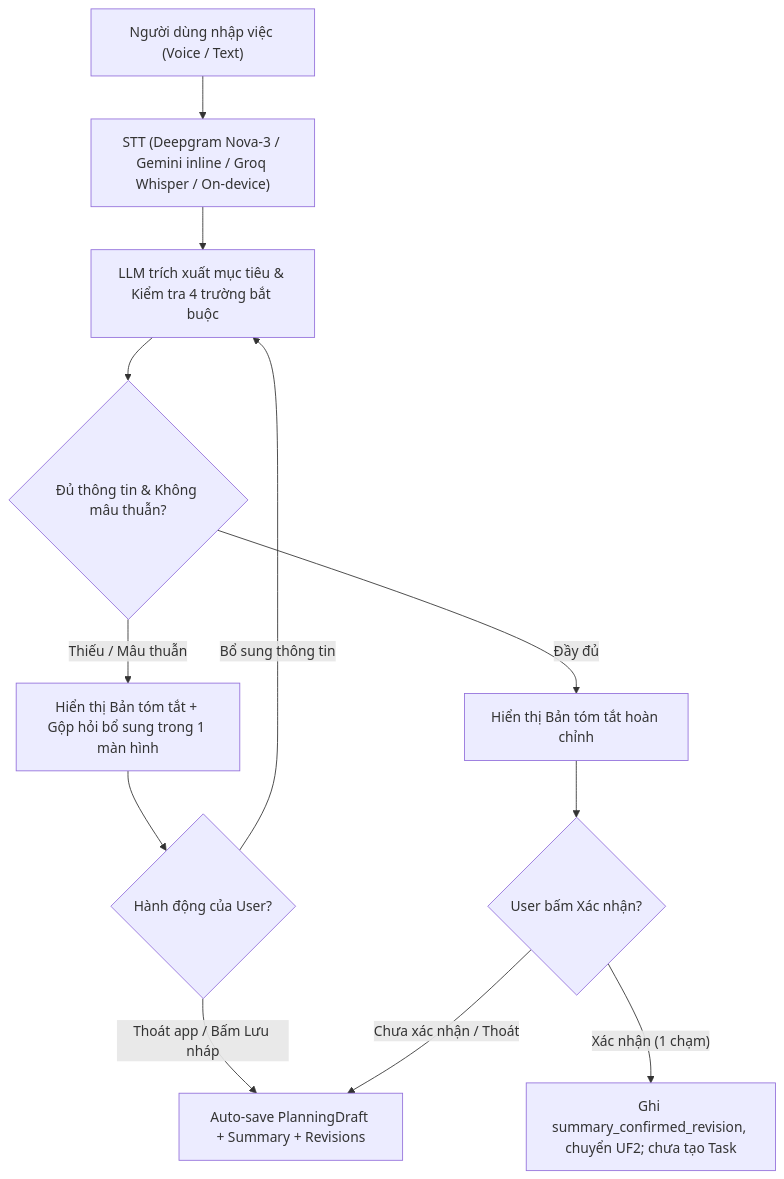
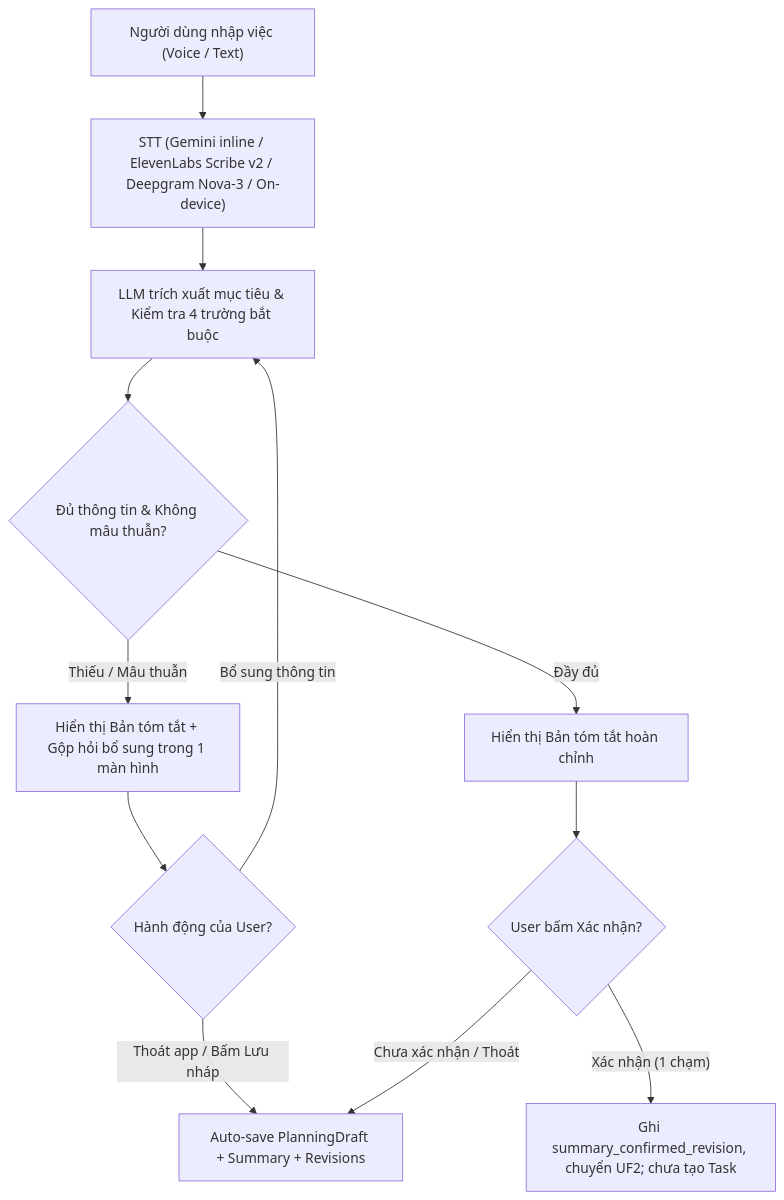
One commit to hmintrun/virtual-assistant-for-ADHD changed the third of 6 diagrams in Project.md. Above: the diagram before and after it, drawn with Mermaid. The commit also changed other lines of this file and 4 other files, not shown here.

Commit message:
docs(stt): sync AGENTS, Project, README, schema, and benchmark for 3-tier ElevenLabs STT

````diff
--- a/Project.md
+++ b/Project.md
@@ -312,14 +312,14 @@
 ```mermaid
 flowchart TD
-    A["Người dùng nhập việc (Voice / Text)"] --> B["STT (Deepgram Nova-3 / Gemini inline / Groq Whisper / On-device)"]
+    A["Người dùng nhập việc (Voice / Text)"] --> B["STT (Gemini inline / ElevenLabs Scribe v2 / Deepgram Nova-3 / On-device)"]
     B --> C["LLM trích xuất mục tiêu & Kiểm tra 4 trường bắt buộc"]
     C --> D{"Đủ thông tin & Không mâu thuẫn?"}
     D -->|"Thiếu / Mâu thuẫn"| E["Hiển thị Bản tóm tắt + Gộp hỏi bổ sung trong 1 màn hình"]
     E --> F{"Hành động của User?"}
     F -->|"Thoát app / Bấm Lưu nháp"| G["Auto-save PlanningDraft + Summary + Revisions"]
     F -->|"Bổ sung thông tin"| C
     D -->|"Đầy đủ"| H["Hiển thị Bản tóm tắt hoàn chỉnh"]
     H --> I{"User bấm Xác nhận?"}
     I -->|"Chưa xác nhận / Thoát"| G
     I -->|"Xác nhận (1 chạm)"| J["Ghi summary_confirmed_revision, chuyển UF2; chưa tạo Task"]
 ```
````
